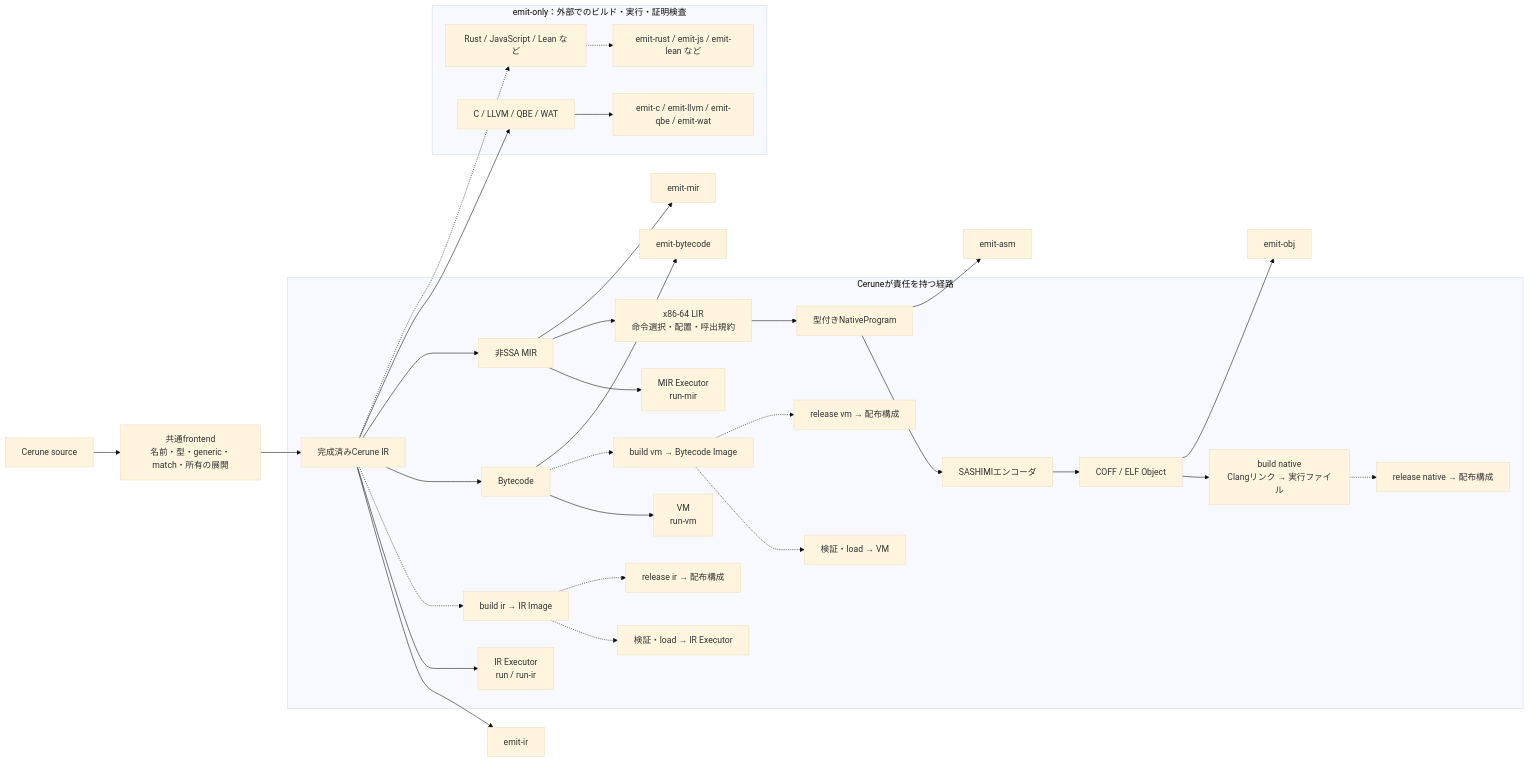
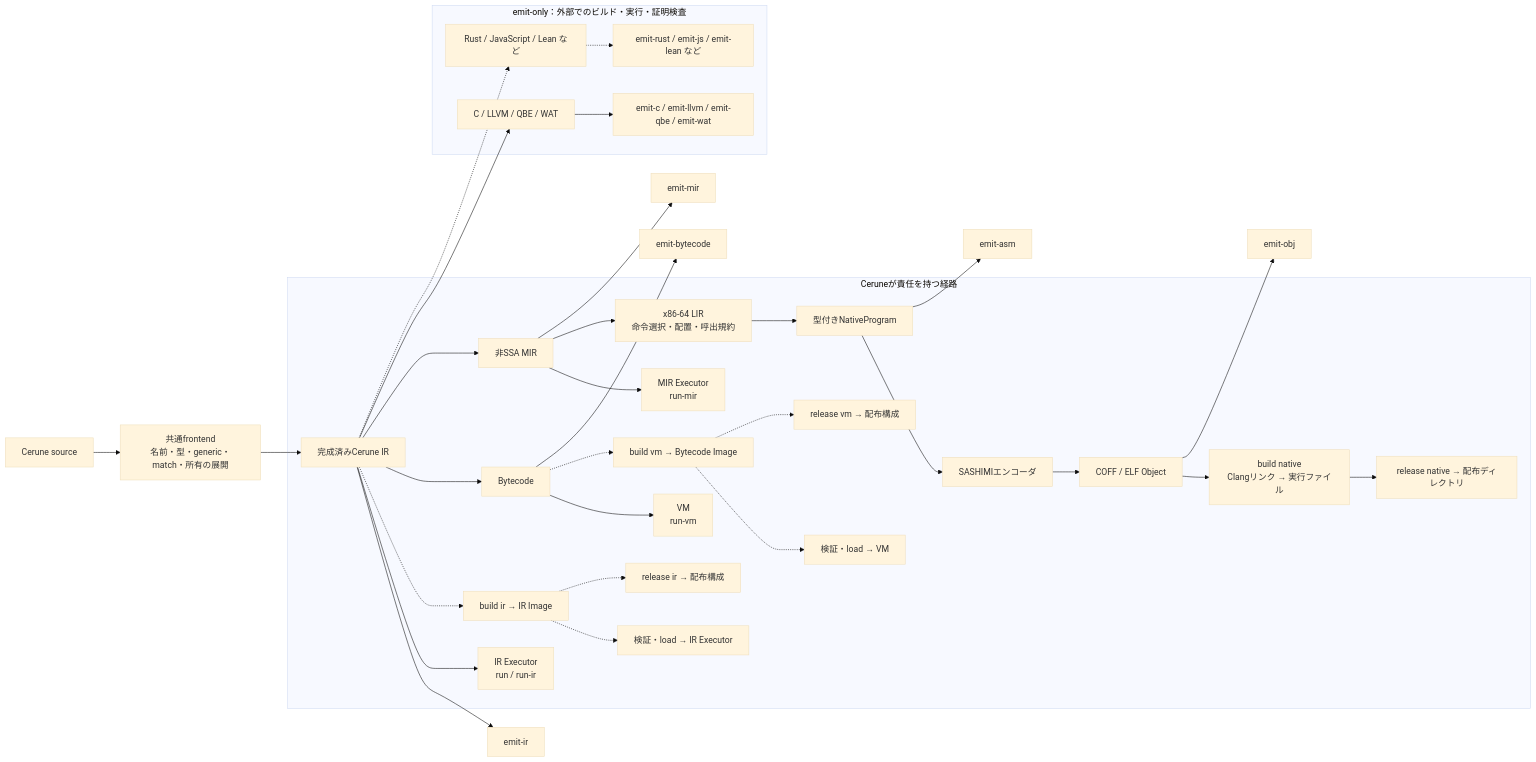
Before and after one commit to Cerune-Lang/Cerune: the diagram in docs/design/owned-routes.ja.md, drawn with Mermaid (base theme). The commit also changed other lines of this file and 22 other files, not shown here.

````diff
--- a/docs/design/owned-routes.ja.md
+++ b/docs/design/owned-routes.ja.md
@@ -35,35 +36,35 @@
 ```mermaid
 flowchart LR
     S["Cerune source"] --> F["共通frontend<br/>名前・型・generic・match・所有の展開"]
     F --> IR["完成済みCerune IR"]
     IR --> OIR["emit-ir"]
     subgraph Owned["Ceruneが責任を持つ経路"]
         IR --> R["IR Executor<br/>run / run-ir"]
         IR -.-> IB["build ir → IR Image"]
         IB -.-> IL["検証・load → IR Executor"]
         IB -.-> IP["release ir → 配布構成"]
         IR --> BC["Bytecode"]
         BC --> VM["VM<br/>run-vm"]
         BC -.-> VB["build vm → Bytecode Image"]
         VB -.-> VL["検証・load → VM"]
         VB -.-> VP["release vm → 配布構成"]
         IR --> MIR["非SSA MIR"]
         MIR --> RMIR["MIR Executor<br/>run-mir"]
         MIR --> X["x86-64 LIR<br/>命令選択・配置・呼出規約"]
         X --> A["型付きNativeProgram"]
         A --> E["SASHIMIエンコーダ"]
         E --> OBJ["COFF / ELF Object"]
         OBJ --> NB["build native<br/>Clangリンク → 実行ファイル"]
-        NB -.-> NP["release native → 配布構成"]
+        NB --> NP["release native → 配布ディレクトリ"]
     end
     MIR --> OMIR["emit-mir"]
     BC --> OBC["emit-bytecode"]
     A --> OA["emit-asm"]
     OBJ --> OO["emit-obj"]
     subgraph Emit["emit-only：外部でのビルド・実行・証明検査"]
         IR --> EXIST["C / LLVM / QBE / WAT"]
         EXIST --> OUT["emit-c / emit-llvm / emit-qbe / emit-wat"]
         IR -.-> FUT["Rust / JavaScript / Lean など"]
         FUT -.-> FUTOUT["emit-rust / emit-js / emit-lean など"]
     end
 ```
````
